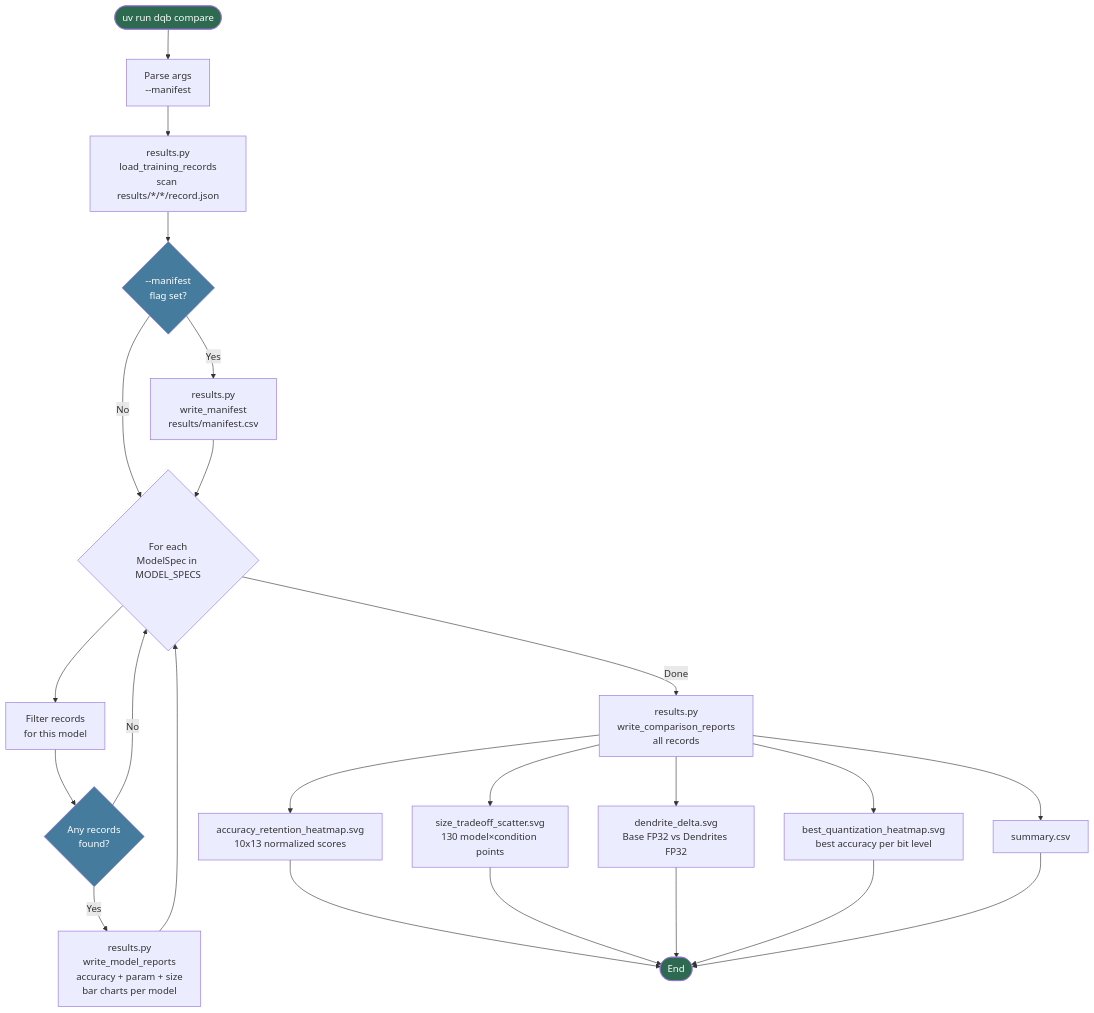
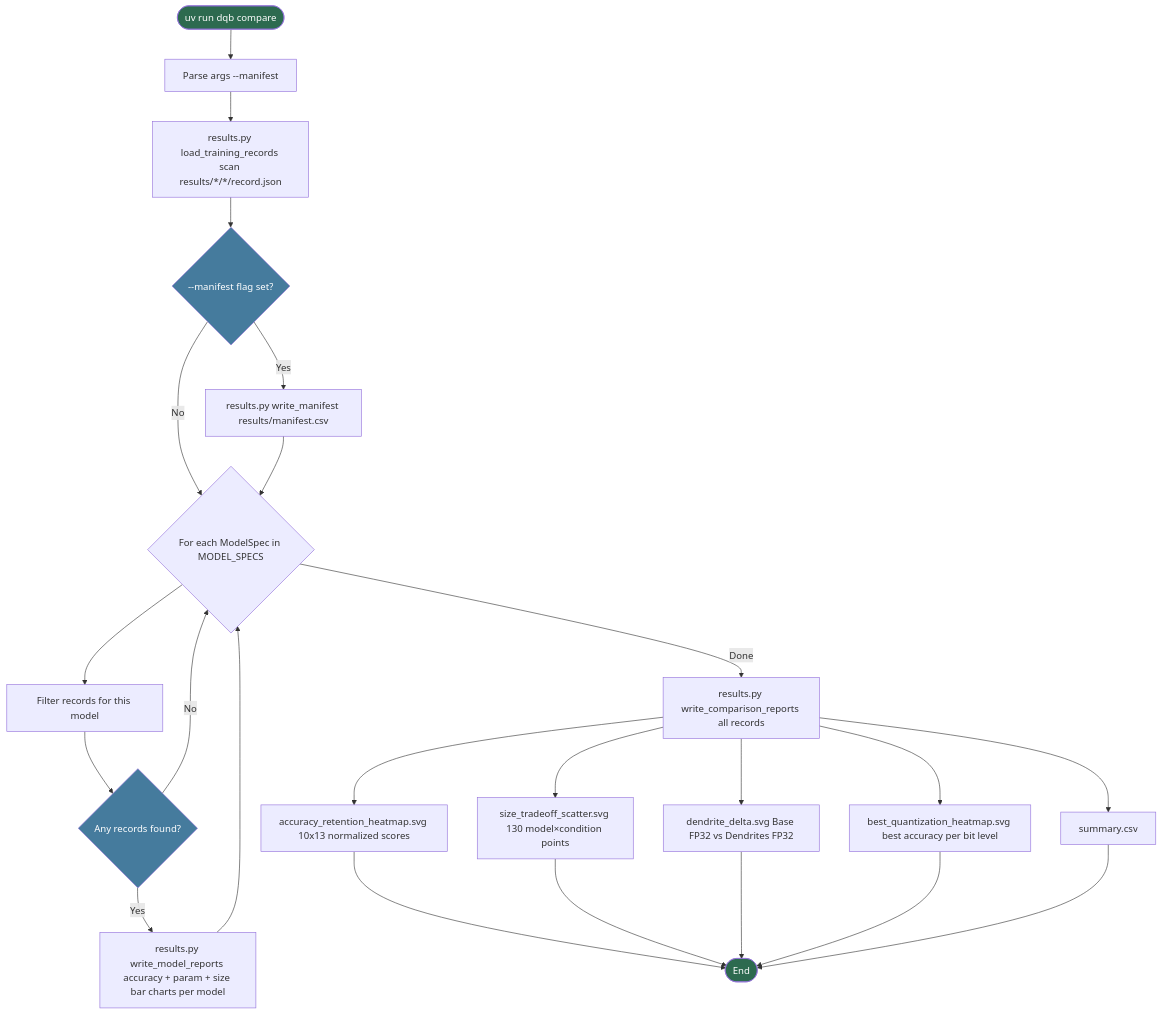
Before and after one commit to VG-Fish/PerforatedAI-Quantization-Experiment: the fourth of 7 diagrams in information/CLI_DIAGRAMS.md, drawn with Mermaid. The commit also changed other lines of this file, not shown here.

Commit message:
fixed mermaid diagram errors

````diff
--- a/information/CLI_DIAGRAMS.md
+++ b/information/CLI_DIAGRAMS.md
@@ -148,26 +148,26 @@
 ```mermaid
 flowchart TD
-    A([uv run dqb compare]) --> B[Parse args\n--manifest]
-    B --> C[results.py\nload_training_records\nscan results/*/*/record.json]
-    C --> D{--manifest\nflag set?}
-    D -- Yes --> E[results.py\nwrite_manifest\nresults/manifest.csv]
+    A([uv run dqb compare]) --> B[Parse args --manifest]
+    B --> C[results.py load_training_records scan results/*/*/record.json]
+    C --> D{--manifest flag set?}
+    D -- Yes --> E[results.py write_manifest results/manifest.csv]
     D -- No --> F
-    E --> F{For each\nModelSpec in MODEL_SPECS}
-    F --> G[Filter records\nfor this model]
-    G --> H{Any records\nfound?}
-    H -- Yes --> I[results.py\nwrite_model_reports\naccuracy + param + size\nbar charts per model]
+    E --> F{For each ModelSpec in MODEL_SPECS}
+    F --> G[Filter records for this model]
+    G --> H{Any records found?}
+    H -- Yes --> I[results.py write_model_reports accuracy + param + size bar charts per model]
     H -- No --> F
     I --> F
-    F -- Done --> J[results.py\nwrite_comparison_reports\nall records]
-    J --> K[accuracy_retention_heatmap.svg\n10x13 normalized scores]
-    J --> L[size_tradeoff_scatter.svg\n130 model×condition points]
-    J --> M[dendrite_delta.svg\nBase FP32 vs Dendrites FP32]
-    J --> N[best_quantization_heatmap.svg\nbest accuracy per bit level]
+    F -- Done --> J[results.py write_comparison_reports all records]
+    J --> K[accuracy_retention_heatmap.svg 10x13 normalized scores]
+    J --> L[size_tradeoff_scatter.svg 130 model×condition points]
+    J --> M[dendrite_delta.svg Base FP32 vs Dendrites FP32]
+    J --> N[best_quantization_heatmap.svg best accuracy per bit level]
     J --> O[summary.csv]
     K & L & M & N & O --> ZZ([End])
 
     style A fill:#2d6a4f,color:#fff
     style ZZ fill:#2d6a4f,color:#fff
     style D fill:#457b9d,color:#fff
     style H fill:#457b9d,color:#fff
 ```
````
